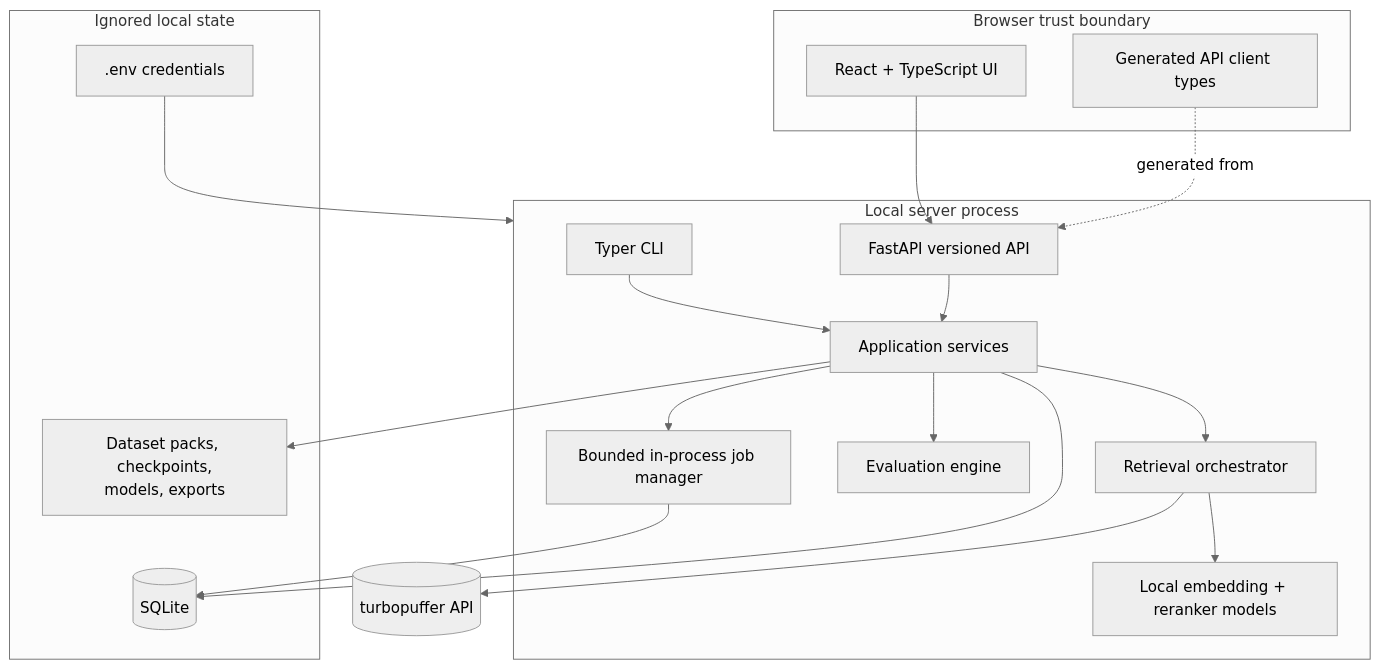
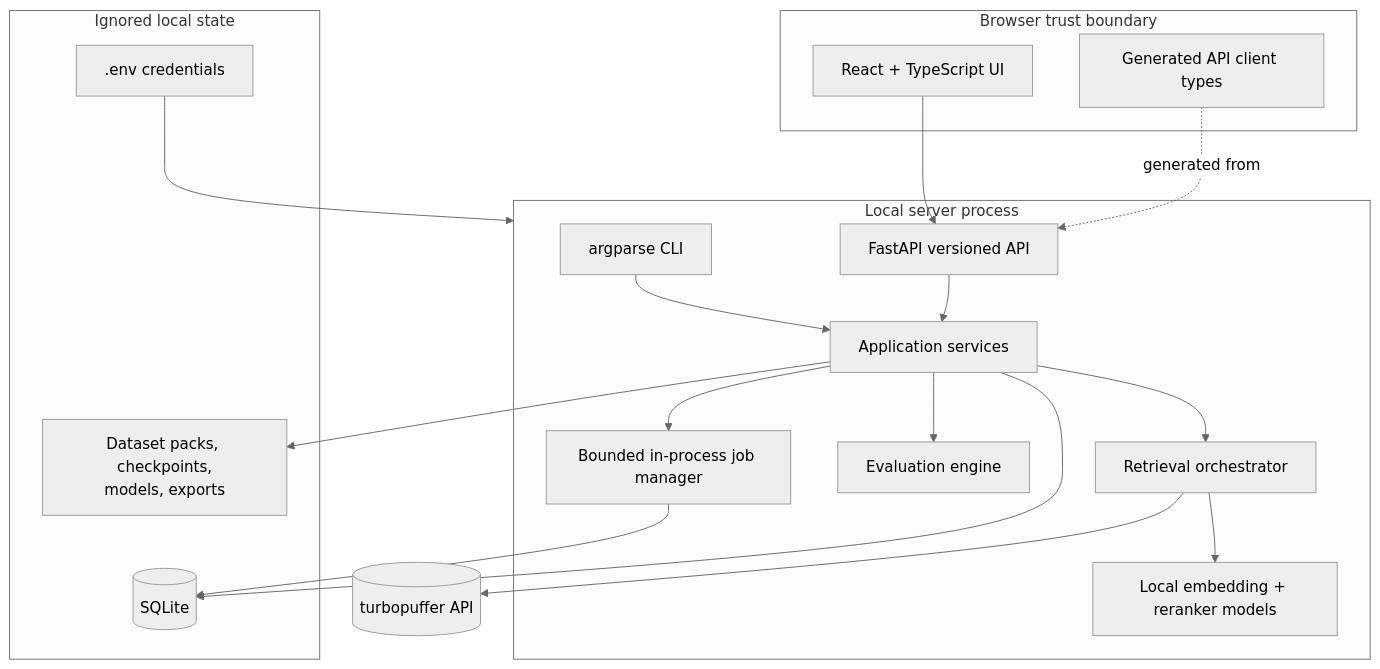
The second of 3 diagrams in docs/pufferlab-study-guide.md (JapmeetBrar/pufferlab), drawn with Mermaid (neutral theme) before and after one commit. The commit also changed other lines of this file and 1 other file, not shown here.

````diff
--- a/docs/pufferlab-study-guide.md
+++ b/docs/pufferlab-study-guide.md
@@ -197,39 +197,39 @@
 ```mermaid
 flowchart TB
     subgraph Browser[Browser trust boundary]
         UI[React + TypeScript UI]
         GC[Generated API client types]
     end
 
     subgraph Local[Local server process]
         API[FastAPI versioned API]
         APP[Application services]
         RET[Retrieval orchestrator]
         EVAL[Evaluation engine]
         JOB[Bounded in-process job manager]
         MODEL[Local embedding + reranker models]
-        CLI[Typer CLI]
+        CLI[argparse CLI]
     end
 
     subgraph Durable[Ignored local state]
         DB[(SQLite)]
         DATA[Dataset packs, checkpoints,<br/>models, exports]
         ENV[.env credentials]
     end
 
     TP[(turbopuffer API)]
 
     UI --> API
     GC -. generated from .-> API
     CLI --> APP
     API --> APP
     APP --> RET
     APP --> EVAL
     APP --> JOB
     RET --> MODEL
     RET --> TP
     JOB --> DB
     APP --> DB
     APP --> DATA
     ENV --> Local
 ```
````
